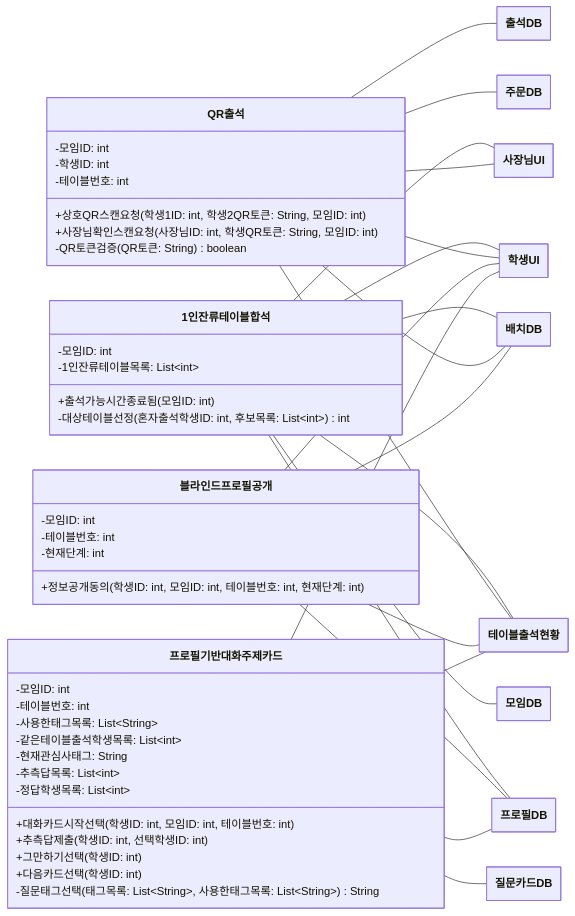
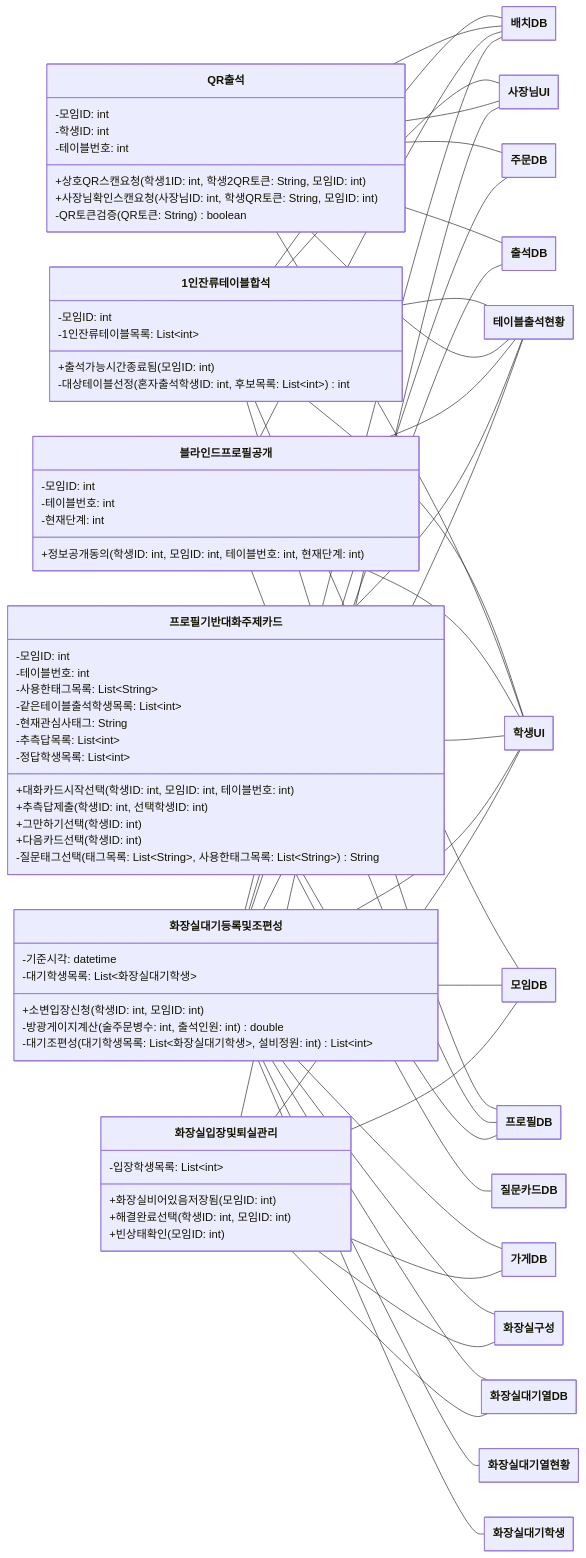
The third of 12 diagrams in class-diagram/class-diagram.md (hojae3/sw-engineering-16), drawn with Mermaid before and after one commit. The commit also changed other lines of this file and 3 other files, not shown here.

````diff
--- a/class-diagram/class-diagram.md
+++ b/class-diagram/class-diagram.md
@@ -361,6 +343,20 @@
         -현재단계: int
         +정보공개동의(학생ID: int, 모임ID: int, 테이블번호: int, 현재단계: int)
     }
+    class ToiletWaitAndGroup["화장실대기등록및조편성"] {
+        -기준시각: datetime
+        -대기학생목록: List~화장실대기학생~
+        +소변입장신청(학생ID: int, 모임ID: int)
+        -방광게이지계산(술주문병수: int, 출석인원: int) double
+        -대기조편성(대기학생목록: List~화장실대기학생~, 설비정원: int) List~int~
+    }
+    class ToiletEntryExitManagement["화장실입장및퇴실관리"] {
+        -입장학생목록: List~int~
+        +화장실비어있음저장됨(모임ID: int)
+        +해결완료선택(학생ID: int, 모임ID: int)
+        +빈상태확인(모임ID: int)
+    }
+    class StoreDB["가게DB"]
     class MeetingDB["모임DB"]
     class ArrangementDB["배치DB"]
     class OwnerUI["사장님UI"]
@@ -370,6 +366,10 @@
     class TableAttendanceStatus["테이블출석현황"]
     class ProfileDB["프로필DB"]
     class StudentUI["학생UI"]
+    class ToiletConfig["화장실구성"]
+    class ToiletQueueDB["화장실대기열DB"]
+    class ToiletQueueStatus["화장실대기열현황"]
+    class ToiletWaitStudent["화장실대기학생"]
     SinglePersonTableMerge -- MeetingDB
     SinglePersonTableMerge -- ArrangementDB
     SinglePersonTableMerge -- OwnerUI
@@ -382,12 +382,29 @@
     QRAttendance -- AttendanceDB
     QRAttendance -- TableAttendanceStatus
     QRAttendance -- StudentUI
+    ToiletWaitAndGroup -- StoreDB
+    ToiletEntryExitManagement -- StoreDB
+    ToiletWaitAndGroup -- MeetingDB
+    ToiletEntryExitManagement -- MeetingDB
     BlindProfileDisclosure -- ArrangementDB
+    ToiletWaitAndGroup -- ArrangementDB
     BlindProfileDisclosure -- TableAttendanceStatus
     BlindProfileDisclosure -- ProfileDB
     BlindProfileDisclosure -- StudentUI
+    ToiletEntryExitManagement -- OwnerUI
+    ToiletWaitAndGroup -- OrderDB
     ProfileTopicCard -- QuestionCardDB
+    ToiletWaitAndGroup -- AttendanceDB
     ProfileTopicCard -- TableAttendanceStatus
+    ToiletWaitAndGroup -- TableAttendanceStatus
     ProfileTopicCard -- ProfileDB
     ProfileTopicCard -- StudentUI
+    ToiletWaitAndGroup -- StudentUI
+    ToiletEntryExitManagement -- StudentUI
+    ToiletWaitAndGroup -- ToiletConfig
+    ToiletEntryExitManagement -- ToiletConfig
+    ToiletWaitAndGroup -- ToiletQueueDB
+    ToiletWaitAndGroup -- ToiletQueueStatus
+    ToiletWaitAndGroup -- ToiletWaitStudent
+    ToiletEntryExitManagement -- ToiletQueueDB
 ```
````
